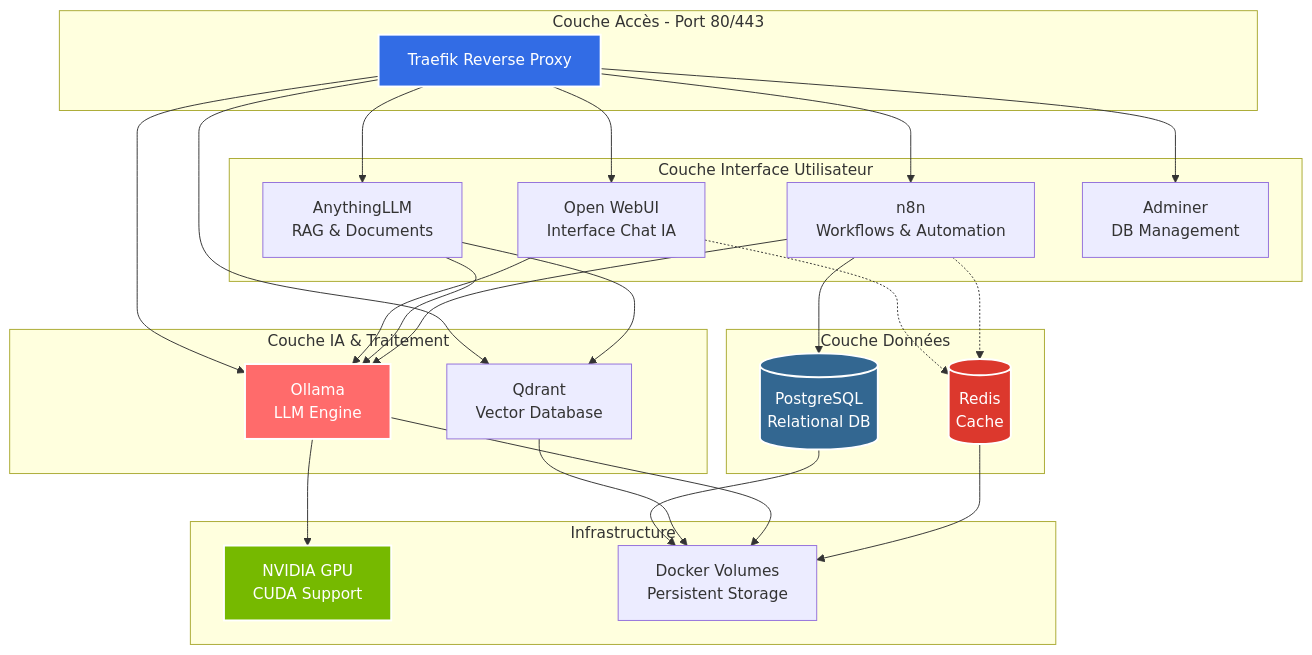
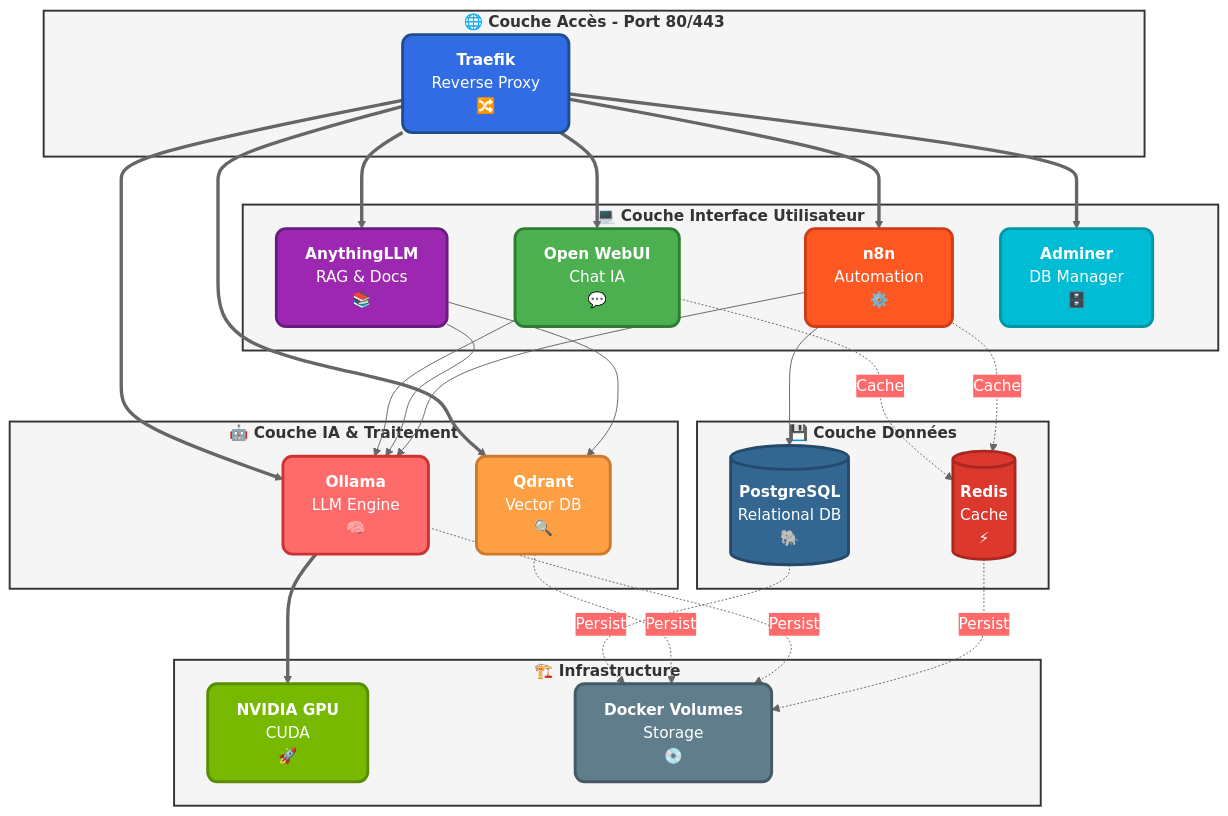
One commit to MPFabio/Stack-IA changed the first of 14 diagrams in docs/ARCHITECTURE.md. Above: the diagram before and after it, drawn with Mermaid. The commit also changed other lines of this file, not shown here.

First line of the commit message:
feat(docs): Architecture ultra-colorée et moderne

````diff
--- a/docs/ARCHITECTURE.md
+++ b/docs/ARCHITECTURE.md
@@ -7,57 +18,67 @@
 ```mermaid
+%%{init: {'theme':'base', 'themeVariables': { 'primaryColor':'#326ce5','primaryTextColor':'#fff','primaryBorderColor':'#fff','lineColor':'#666','secondaryColor':'#ff6b6b','tertiaryColor':'#76b900'}}}%%
 graph TB
-    subgraph "Couche Accès - Port 80/443"
-        TRAEFIK[Traefik Reverse Proxy]
+    subgraph LAYER1["<b>🌐 Couche Accès - Port 80/443</b>"]
+        TRAEFIK["<b>Traefik</b><br/>Reverse Proxy<br/>🔀"]
     end
     
-    subgraph "Couche Interface Utilisateur"
-        WEBUI[Open WebUI<br/>Interface Chat IA]
-        ANYTHING[AnythingLLM<br/>RAG & Documents]
-        N8N[n8n<br/>Workflows & Automation]
-        ADMINER[Adminer<br/>DB Management]
+    subgraph LAYER2["<b>💻 Couche Interface Utilisateur</b>"]
+        WEBUI["<b>Open WebUI</b><br/>Chat IA<br/>💬"]
+        ANYTHING["<b>AnythingLLM</b><br/>RAG & Docs<br/>📚"]
+        N8N["<b>n8n</b><br/>Automation<br/>⚙️"]
+        ADMINER["<b>Adminer</b><br/>DB Manager<br/>🗄️"]
     end
     
-    subgraph "Couche IA & Traitement"
-        OLLAMA[Ollama<br/>LLM Engine]
-        QDRANT[Qdrant<br/>Vector Database]
+    subgraph LAYER3["<b>🤖 Couche IA & Traitement</b>"]
+        OLLAMA["<b>Ollama</b><br/>LLM Engine<br/>🧠"]
+        QDRANT["<b>Qdrant</b><br/>Vector DB<br/>🔍"]
     end
     
-    subgraph "Couche Données"
-        POSTGRES[(PostgreSQL<br/>Relational DB)]
-        REDIS[(Redis<br/>Cache)]
+    subgraph LAYER4["<b>💾 Couche Données</b>"]
+        POSTGRES[("<b>PostgreSQL</b><br/>Relational DB<br/>🐘")]
+        REDIS[("<b>Redis</b><br/>Cache<br/>⚡")]
     end
     
-    subgraph "Infrastructure"
-        GPU[NVIDIA GPU<br/>CUDA Support]
-        VOLUMES[Docker Volumes<br/>Persistent Storage]
+    subgraph INFRA["<b>🏗️ Infrastructure</b>"]
+        GPU["<b>NVIDIA GPU</b><br/>CUDA<br/>🚀"]
+        VOLUMES["<b>Docker Volumes</b><br/>Storage<br/>💿"]
     end
     
-    TRAEFIK --> WEBUI
-    TRAEFIK --> ANYTHING
-    TRAEFIK --> N8N
-    TRAEFIK --> ADMINER
-    TRAEFIK --> OLLAMA
-    TRAEFIK --> QDRANT
+    TRAEFIK ==> WEBUI
+    TRAEFIK ==> ANYTHING
+    TRAEFIK ==> N8N
+    TRAEFIK ==> ADMINER
+    TRAEFIK ==> OLLAMA
+    TRAEFIK ==> QDRANT
     
     WEBUI --> OLLAMA
     ANYTHING --> OLLAMA
     ANYTHING --> QDRANT
     N8N --> OLLAMA
     N8N --> POSTGRES
     
-    OLLAMA --> GPU
+    OLLAMA ==> GPU
     
-    WEBUI -.-> REDIS
-    N8N -.-> REDIS
+    WEBUI -.Cache.-> REDIS
+    N8N -.Cache.-> REDIS
     
-    POSTGRES --> VOLUMES
-    QDRANT --> VOLUMES
-    OLLAMA --> VOLUMES
-    REDIS --> VOLUMES
+    POSTGRES -.Persist.-> VOLUMES
+    QDRANT -.Persist.-> VOLUMES
+    OLLAMA -.Persist.-> VOLUMES
+    REDIS -.Persist.-> VOLUMES
     
-    style TRAEFIK fill:#326ce5,stroke:#fff,stroke-width:2px,color:#fff
-    style OLLAMA fill:#ff6b6b,stroke:#fff,stroke-width:2px,color:#fff
-    style POSTGRES fill:#336791,stroke:#fff,stroke-width:2px,color:#fff
-    style REDIS fill:#dc382d,stroke:#fff,stroke-width:2px,color:#fff
-    style GPU fill:#76b900,stroke:#fff,stroke-width:2px,color:#fff
+    style TRAEFIK fill:#326ce5,stroke:#1e4d8b,stroke-width:3px,color:#fff,rx:10,ry:10
+    style OLLAMA fill:#ff6b6b,stroke:#cc3333,stroke-width:3px,color:#fff,rx:10,ry:10
+    style QDRANT fill:#ff9f43,stroke:#cc7a2e,stroke-width:3px,color:#fff,rx:10,ry:10
+    style POSTGRES fill:#336791,stroke:#234a6d,stroke-width:3px,color:#fff,rx:10,ry:10
+    style REDIS fill:#dc382d,stroke:#a82820,stroke-width:3px,color:#fff,rx:10,ry:10
+    style GPU fill:#76b900,stroke:#5a8c00,stroke-width:3px,color:#fff,rx:10,ry:10
+    style WEBUI fill:#4CAF50,stroke:#2e7d32,stroke-width:3px,color:#fff,rx:10,ry:10
+    style ANYTHING fill:#9C27B0,stroke:#6a1b7f,stroke-width:3px,color:#fff,rx:10,ry:10
+    style N8N fill:#FF5722,stroke:#cc3d18,stroke-width:3px,color:#fff,rx:10,ry:10
+    style ADMINER fill:#00BCD4,stroke:#0097a7,stroke-width:3px,color:#fff,rx:10,ry:10
+    style VOLUMES fill:#607D8B,stroke:#455a64,stroke-width:3px,color:#fff,rx:10,ry:10
+    
+    classDef layerStyle fill:#f5f5f5,stroke:#333,stroke-width:2px,color:#333
+    class LAYER1,LAYER2,LAYER3,LAYER4,INFRA layerStyle
 ```
````
